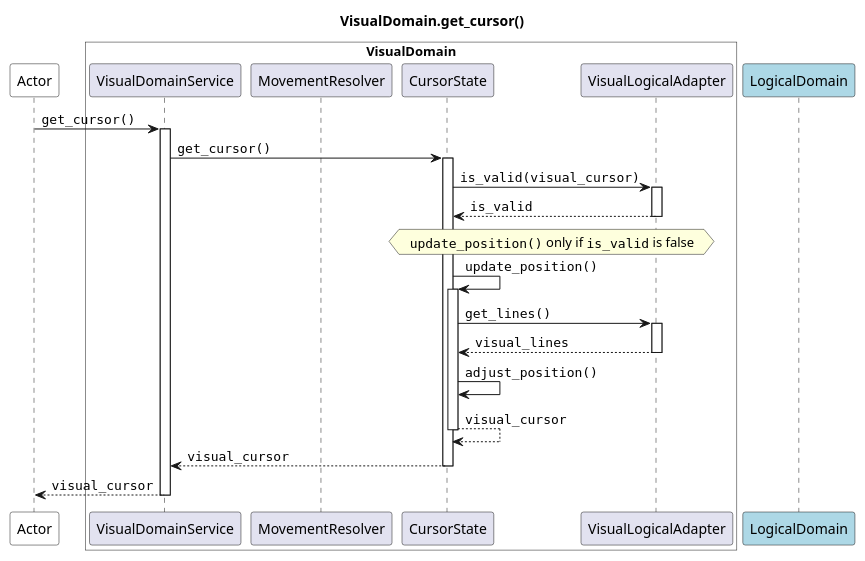
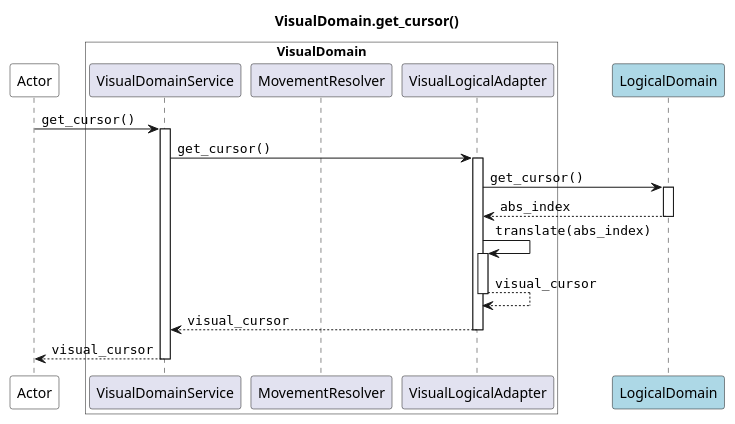
One commit to JoeRittiner/TextEngine changed the diagram in docs/source/specs/architecture/diagrams/sequence/seq_get_cursor_visual.puml. Above: the diagram before and after it, drawn with PlantUML. The commit also changed 3 other files, not shown here.

Commit message:
doc: Update "Get Cursor" diagrams

```diff
--- a/docs/source/specs/architecture/diagrams/sequence/seq_get_cursor_visual.puml
+++ b/docs/source/specs/architecture/diagrams/sequence/seq_get_cursor_visual.puml
@@ -1,31 +1,25 @@
 @startuml
 
 title VisualDomain.get_cursor()
 
 participant Actor as app #white
 box "VisualDomain" #white
     participant VisualDomainService as VS
     participant MovementResolver as MR
-    participant CursorState as CS
     participant VisualLogicalAdapter as VA
 end box
 participant LogicalDomain as LD #lightblue
 
 app -> VS : ""get_cursor()""
 activate VS
-    VS -> CS : ""get_cursor()""
-    activate CS
-        CS -> VA : ""is_valid(visual_cursor)""
+    VS -> VA : ""get_cursor()""
+    activate VA
+        VA -> LD : ""get_cursor()""
+        activate LD
+            return ""abs_index""
+        VA -> VA : ""translate(abs_index)""
         activate VA
-            return ""is_valid""
-        hnote over CS, VA : ""update_position()"" only if ""is_valid"" is false
-        CS -> CS : ""update_position()""
-            activate CS
-            CS -> VA : ""get_lines()""
-            activate VA
-                return ""visual_lines""
-            CS -> CS : ""adjust_position()""
             return ""visual_cursor""
         return ""visual_cursor""
     return ""visual_cursor""
 @enduml
```
